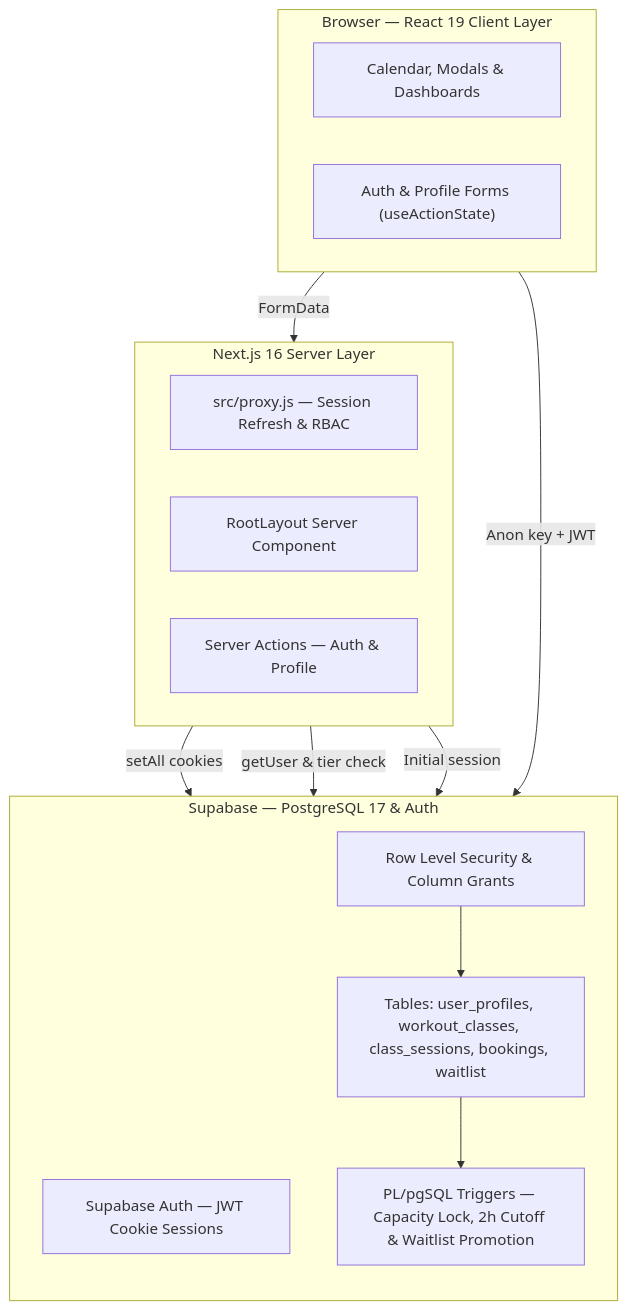
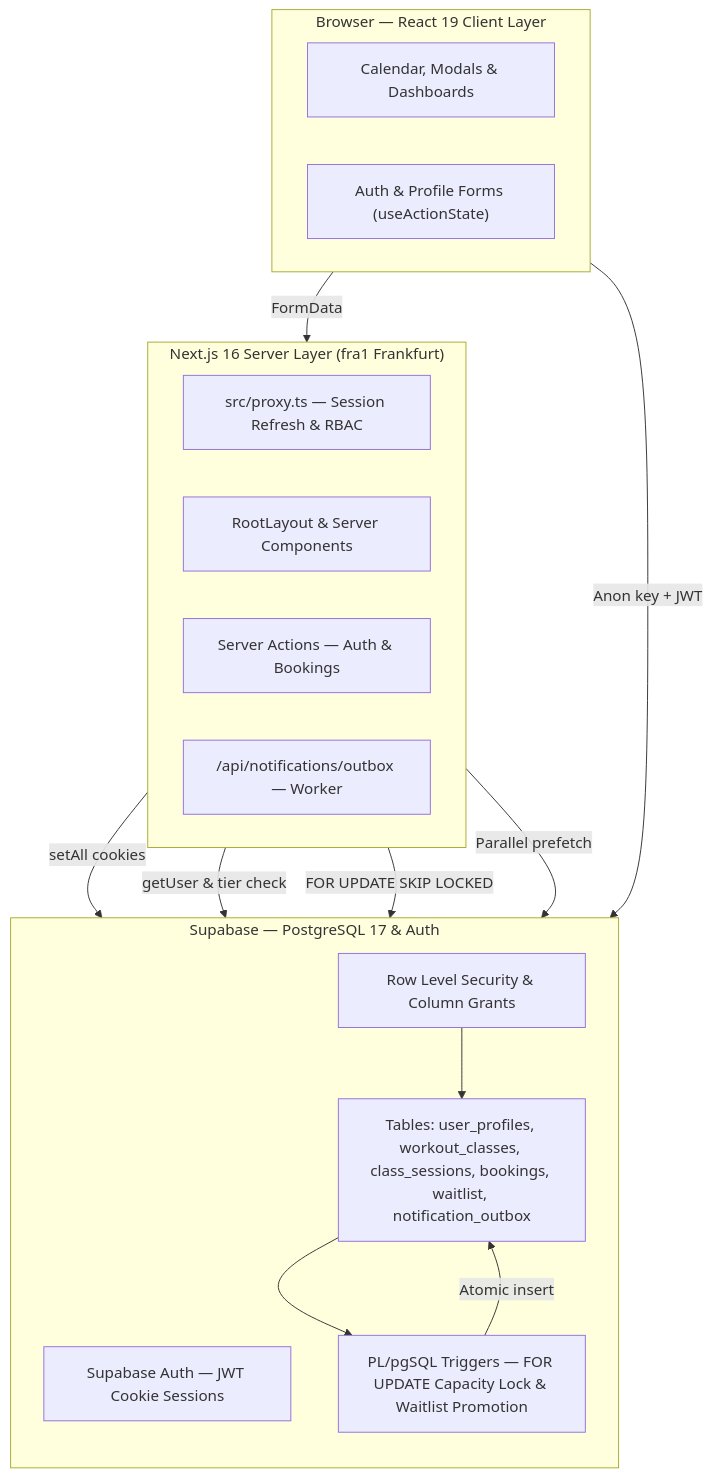
The first of 2 diagrams in README.md (Stronkestape/workout-website), drawn with Mermaid before and after one commit. The commit also changed other lines of this file, not shown here.

````diff
--- a/README.md
+++ b/README.md
@@ -32,31 +40,34 @@
 ```mermaid
 flowchart TB
     subgraph Client["Browser — React 19 Client Layer"]
         direction LR
         UI["Calendar, Modals & Dashboards"]
         Forms["Auth & Profile Forms (useActionState)"]
     end
 
-    subgraph Edge["Next.js 16 Server Layer"]
+    subgraph Edge["Next.js 16 Server Layer (fra1 Frankfurt)"]
         direction LR
-        Proxy["src/proxy.js — Session Refresh & RBAC"]
-        RSC["RootLayout Server Component"]
-        SA["Server Actions — Auth & Profile"]
+        Proxy["src/proxy.ts — Session Refresh & RBAC"]
+        RSC["RootLayout & Server Components"]
+        SA["Server Actions — Auth & Bookings"]
+        Outbox["/api/notifications/outbox — Worker"]
     end
 
     subgraph DB["Supabase — PostgreSQL 17 & Auth"]
         direction TB
         Auth["Supabase Auth — JWT Cookie Sessions"]
         RLS["Row Level Security & Column Grants"]
-        Tables["Tables: user_profiles, workout_classes, class_sessions, bookings, waitlist"]
-        Triggers["PL/pgSQL Triggers — Capacity Lock, 2h Cutoff & Waitlist Promotion"]
+        Tables["Tables: user_profiles, workout_classes, class_sessions, bookings, waitlist, notification_outbox"]
+        Triggers["PL/pgSQL Triggers — FOR UPDATE Capacity Lock & Waitlist Promotion"]
     end
 
     Forms -->|FormData| SA
     SA -->|setAll cookies| Auth
     Proxy -->|getUser & tier check| Auth
-    RSC -->|Initial session| Auth
+    RSC -->|Parallel prefetch| DB
     UI -->|Anon key + JWT| RLS
     RLS --> Tables
     Tables --> Triggers
+    Triggers -->|Atomic insert| Tables
+    Outbox -->|FOR UPDATE SKIP LOCKED| Tables
 ```
````
